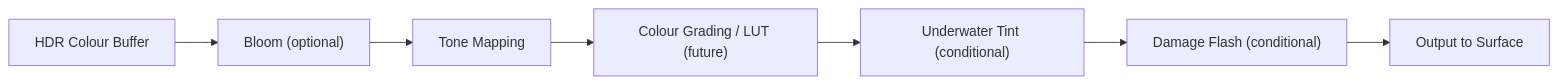
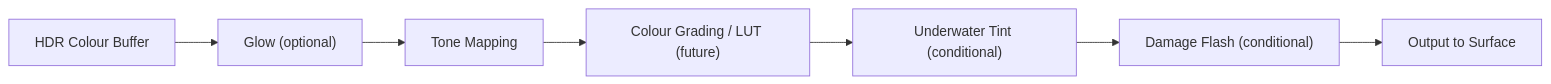
One commit to decented/axenstax changed the second of 3 diagrams in docs/spec/03-rendering.md. Above: the diagram before and after it, drawn with Mermaid. The commit also changed other lines of this file and 25 other files, not shown here.

````diff
--- a/docs/spec/03-rendering.md
+++ b/docs/spec/03-rendering.md
@@ -1531,9 +1531,9 @@
 ```mermaid
 flowchart LR
-    A["HDR Colour Buffer"] --> B["Bloom (optional)"]
+    A["HDR Colour Buffer"] --> B["Glow (optional)"]
     B --> C["Tone Mapping"]
     C --> D["Colour Grading / LUT (future)"]
     D --> E["Underwater Tint (conditional)"]
     E --> F["Damage Flash (conditional)"]
     F --> G["Output to Surface"]
 ```
````
